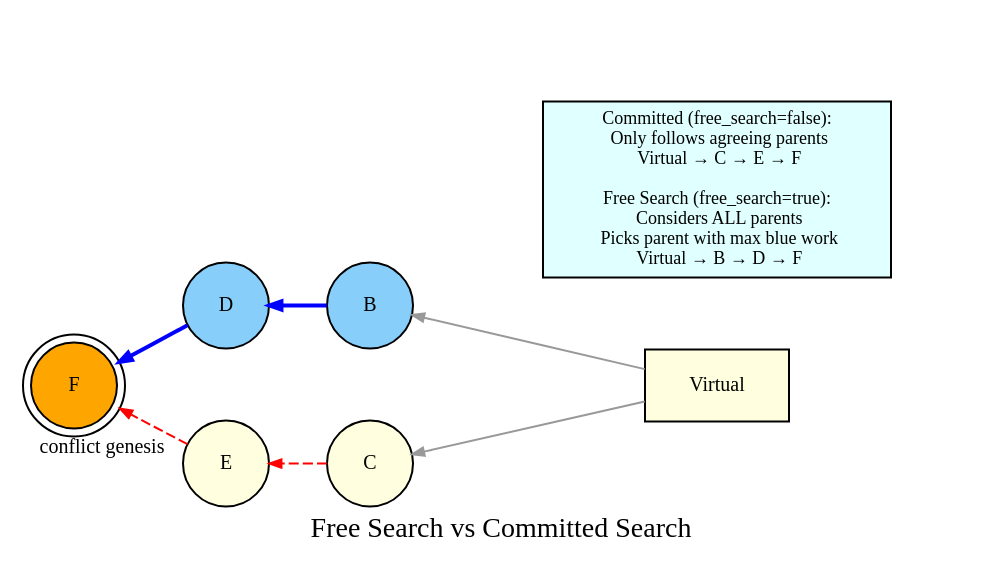
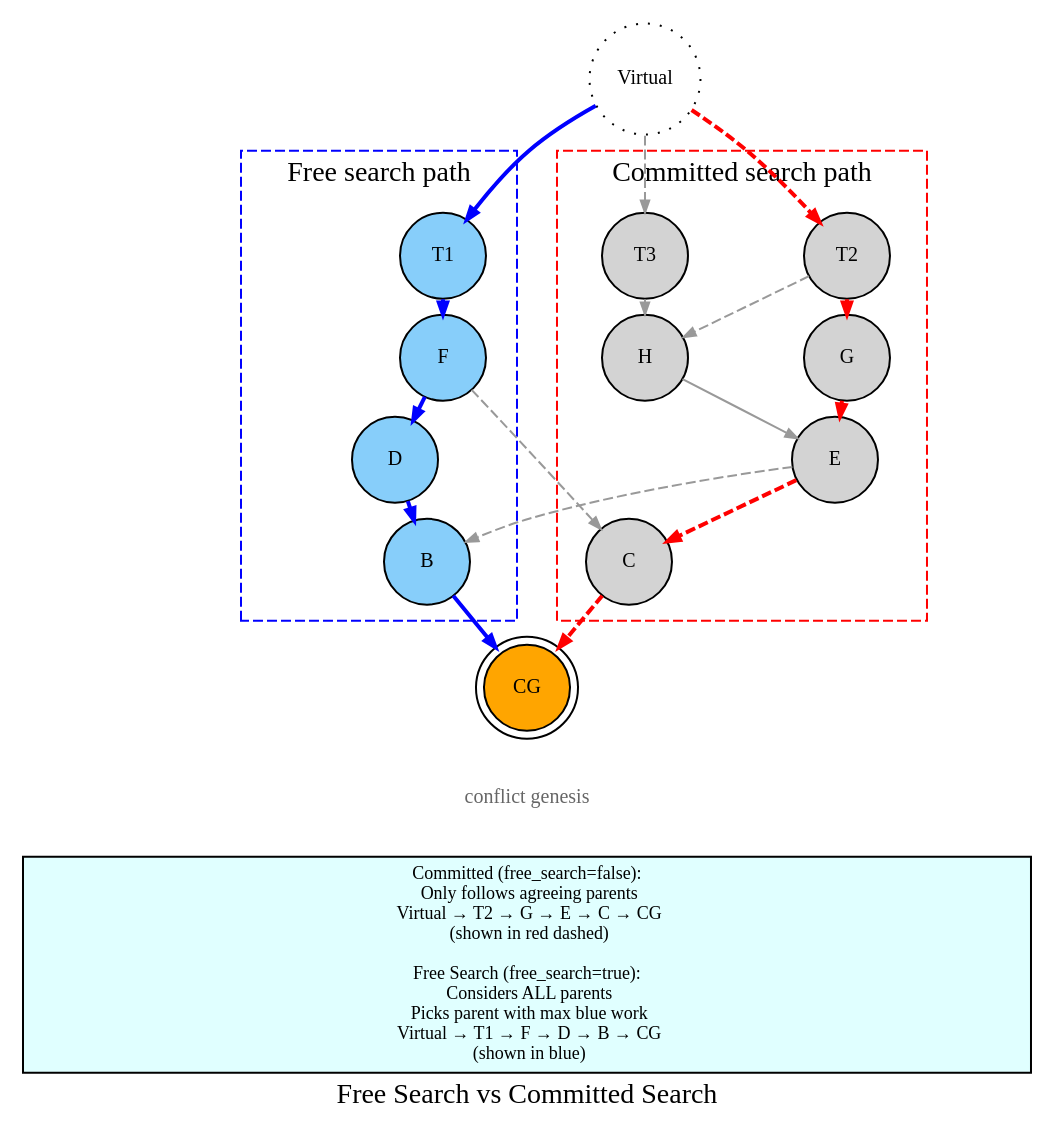
Before and after one commit to coderofstuff/dk-wiki: the diagram in dot/05-free-vs-committed.dot, drawn with Graphviz. The commit also changed 12 other files, not shown here.

Commit message:
Initial better images based on standard graph

```diff
--- a/dot/05-free-vs-committed.dot
+++ b/dot/05-free-vs-committed.dot
@@ -1,30 +1,70 @@
 digraph free_vs_committed {
-    rankdir=RL;
-    nodesep=0.5;
-    ranksep=0.4;
+    rankdir=TB;
+    nodesep=0.8;
+    ranksep=0.1;
     node [shape=circle, style=filled, fontsize=10, width=0.6, height=0.6];
     edge [arrowsize=0.6, color=gray60];
 
     label="Free Search vs Committed Search";
 
-    V [label="Virtual", fillcolor=lightyellow, shape=box, width=1.0, height=0.5];
+    CG [label="CG", fillcolor=orange, shape=doublecircle];
 
-    B [label="B", fillcolor=lightskyblue];
-    C [label="C", fillcolor=lightyellow];
-    D [label="D", fillcolor=lightskyblue];
-    E [label="E", fillcolor=lightyellow];
-    F [label="F", fillcolor=orange, shape=doublecircle, xlabel="conflict genesis"];
+    Virtual [label="Virtual", shape=circle, style=dotted, fillcolor=white];
 
-    // Edges point backwards (newer → older)
-    V -> B;
-    V -> C;
-    B -> D [color=blue, penwidth=2.0];
-    C -> E [style=dashed, color=red];
-    D -> F [color=blue, penwidth=2.0];
-    E -> F [style=dashed, color=red];
+    subgraph cluster_left {
+        label="Free search path";
+        labelloc=t;
+        style="dashed";
+        color=blue;
+        B [label="B", fillcolor=lightskyblue];
+        D [label="D", fillcolor=lightskyblue];
+        F [label="F", fillcolor=lightskyblue];
+        T1 [label="T1", fillcolor=lightskyblue];
+    }
 
-    subgraph cluster_annotation {
-        style=invis;
-        NOTE [label="Committed (free_search=false):\n  Only follows agreeing parents\n  Virtual → C → E → F\n\nFree Search (free_search=true):\n  Considers ALL parents\n  Picks parent with max blue work\n  Virtual → B → D → F", shape=box, style=filled, fillcolor=lightcyan, fontsize=9];
+    subgraph cluster_right {
+        label="Committed search path";
+        labelloc=t;
+        style="dashed";
+        color=red;
+        C [label="C", fillcolor=lightgray];
+        E [label="E", fillcolor=lightgray];
+        G [label="G", fillcolor=lightgray];
+        T2 [label="T2", fillcolor=lightgray];
+        H [label="H", fillcolor=lightgray];
+        T3 [label="T3", fillcolor=lightgray];
     }
+
+    CG_lbl [label="conflict genesis", shape=plaintext, style=filled, fillcolor=none, fontsize=10, fontcolor=gray40, width=0];
+
+    NOTE [label="Committed (free_search=false):\n  Only follows agreeing parents\n  Virtual → T2 → G → E → C → CG\n  (shown in red dashed)\n\nFree Search (free_search=true):\n  Considers ALL parents\n  Picks parent with max blue work\n  Virtual → T1 → F → D → B → CG\n  (shown in blue)", shape=box, style=filled, fillcolor=lightcyan, fontsize=9, width=7];
+
+    // Blue edges = free search path (left side chain-parent)
+    D -> B [color=blue, penwidth=2.0];
+    F -> D [color=blue, penwidth=2.0];
+    T1 -> F [color=blue, penwidth=2.0];
+    B -> CG [color=blue, penwidth=2.0];
+
+    // Red dashed edges = committed search path (right side chain-parent)
+    E -> C [color=red, penwidth=2.0, style=dashed];
+    G -> E [color=red, penwidth=2.0, style=dashed];
+    T2 -> G [color=red, penwidth=2.0, style=dashed];
+    C -> CG [color=red, penwidth=2.0, style=dashed];
+
+    // Remaining chain-parent edges (right side non-committed)
+    H -> E [color=gray60, penwidth=1.0];
+    T3 -> H [color=gray60, penwidth=1.0];
+
+    // Cross edges (gray dashed)
+    T2 -> H [color=gray60, penwidth=1.0, style=dashed];
+    F -> C [color=gray60, penwidth=1.0, style=dashed];
+    E -> B [color=gray60, penwidth=1.0, style=dashed];
+
+    CG -> CG_lbl [style=invis];
+    CG_lbl -> NOTE [style=invis];
+
+    Virtual -> T1 [color=blue, penwidth=2.0];
+    Virtual -> T2 [color=red, penwidth=2.0, style=dashed];
+    Virtual -> T3 [color=gray60, penwidth=1.0, style=dashed];
+
 }
```
